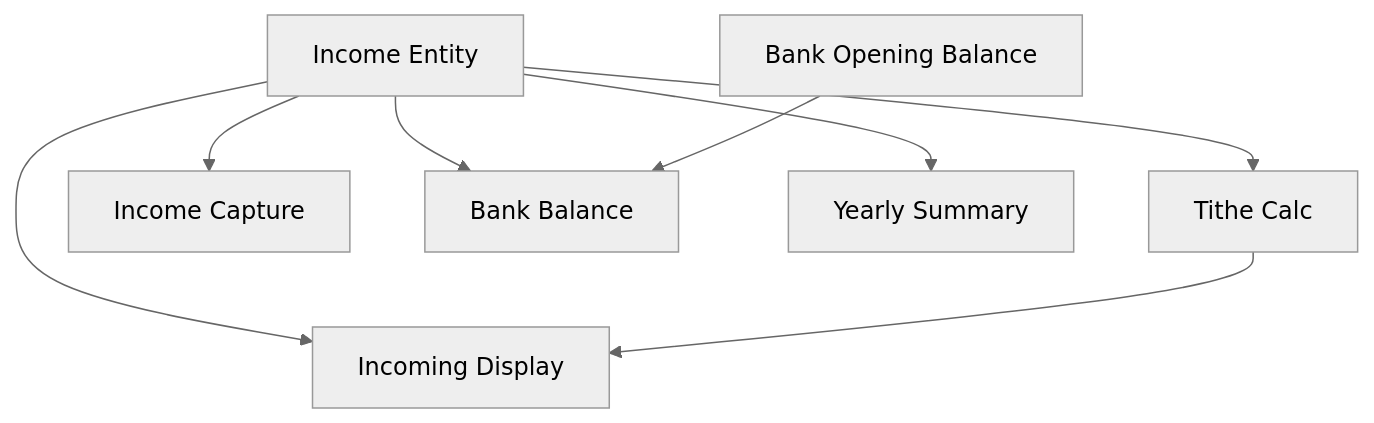
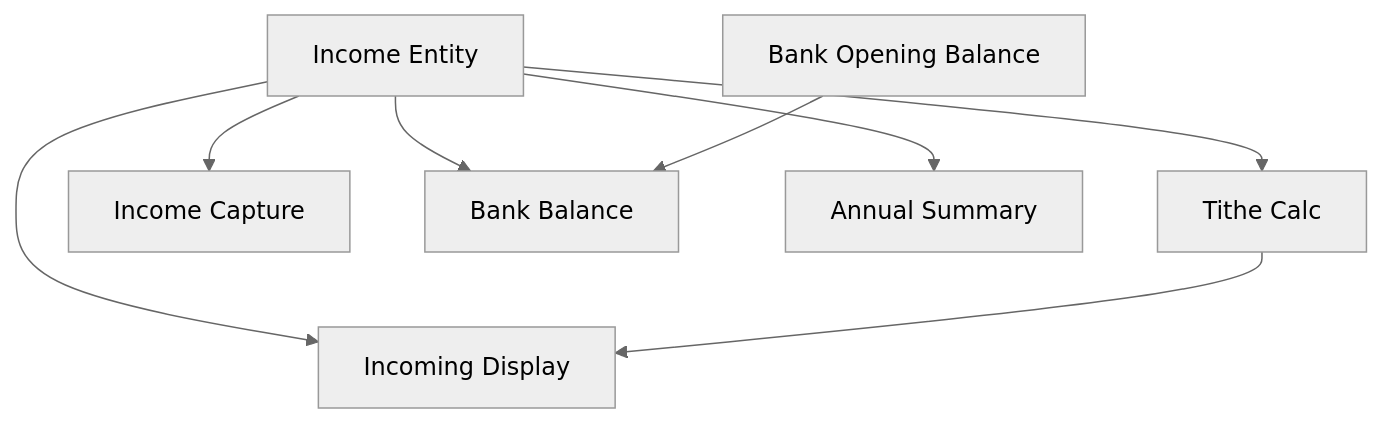
Before and after one commit to ggibellato/Financial: the diagram in docs/prd/P14-prd-monthly-income-bank-balance/prd-monthly-income-bank-balance.md, drawn with Mermaid (neutral theme). The commit also changed other lines of this file and 67 other files, not shown here.

First line of the commit message:
refactor(cashflow): rename Yearly to Annual across code and docs (#270)

````diff
--- a/docs/prd/P14-prd-monthly-income-bank-balance/prd-monthly-income-bank-balance.md
+++ b/docs/prd/P14-prd-monthly-income-bank-balance/prd-monthly-income-bank-balance.md
@@ -256,10 +256,10 @@
 ```mermaid
 graph TD
   F01[Income Entity] --> F03[Tithe Calc]
   F01 --> F04[Income Capture]
   F01 --> F06[Bank Balance]
   F02[Bank Opening Balance] --> F06
-  F01 --> F07[Yearly Summary]
+  F01 --> F07[Annual Summary]
   F01 --> F05[Incoming Display]
   F03 --> F05
 ```
````
